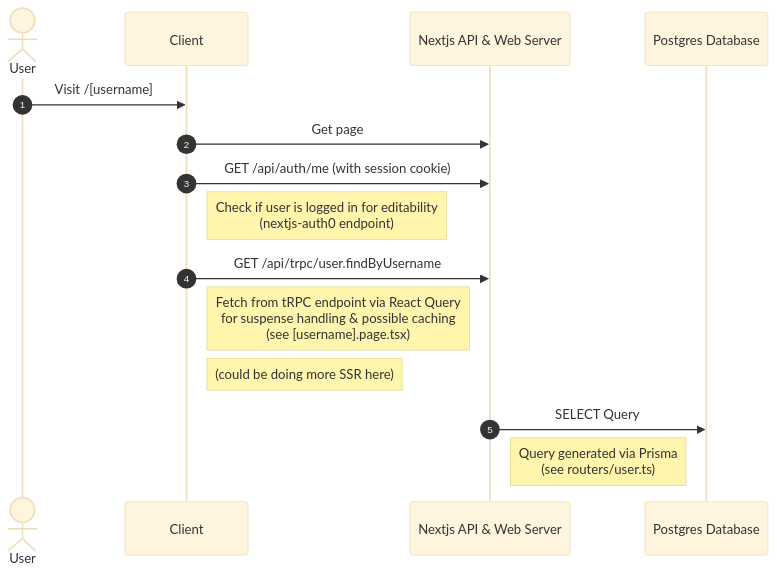
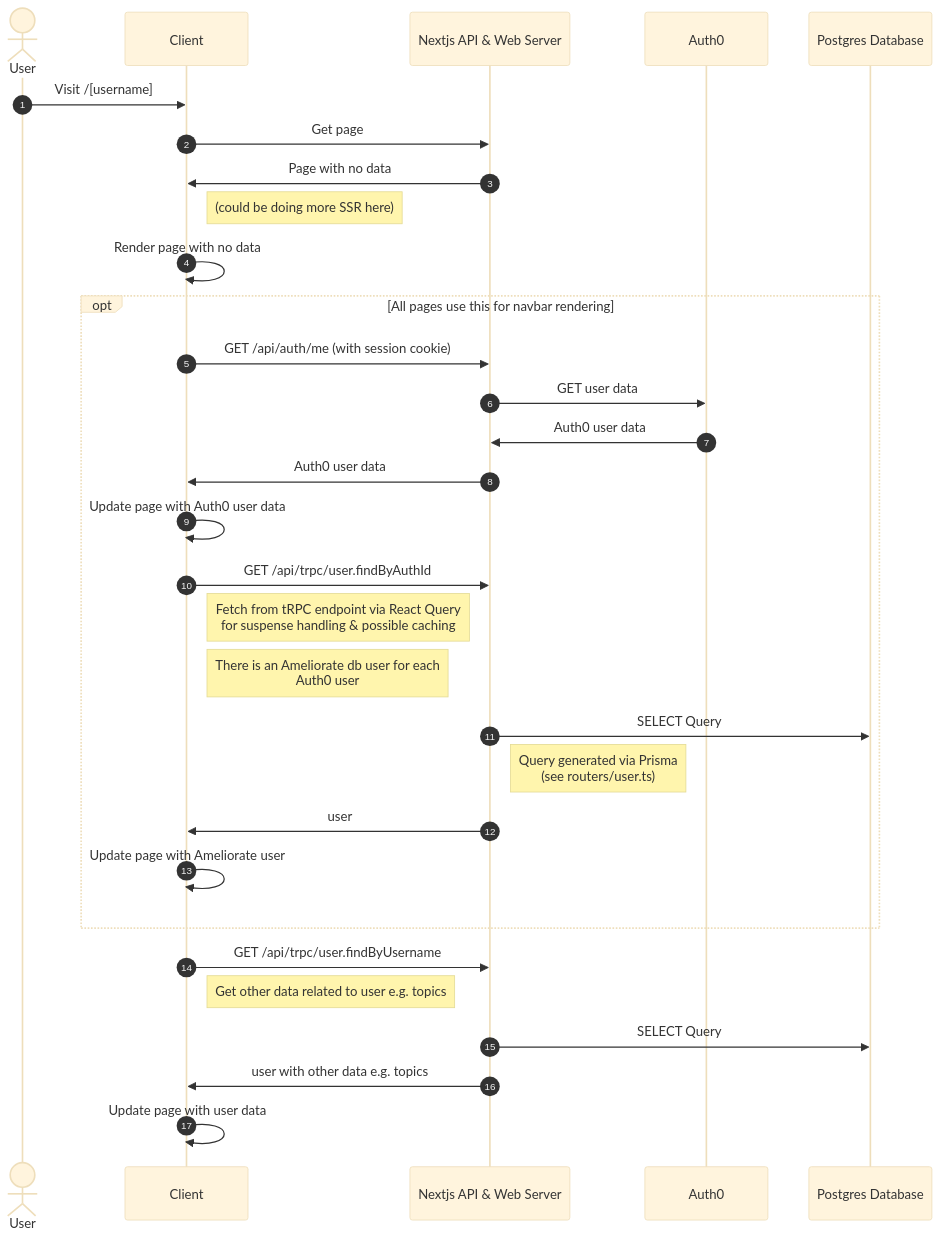
One commit to amelioro/ameliorate changed the first of 2 diagrams in design-docs/data-flow.md. Above: the diagram before and after it, drawn with Mermaid (base theme). The commit also changed other lines of this file, not shown here.

Commit message:
docs(data-flow): update & clean up

````diff
--- a/design-docs/data-flow.md
+++ b/design-docs/data-flow.md
@@ -7,19 +7,37 @@
 ```mermaid
 sequenceDiagram
   autonumber
   actor User
   participant Client
   participant Server as Nextjs API & Web Server
+  participant Auth0
   participant Database as Postgres Database
 
   User->>Client: Visit /[username]
   Client->>Server: Get page
-  Client->>Server: GET /api/auth/me (with session cookie)
-  Note right of Client: Check if user is logged in for editability<br/>(nextjs-auth0 endpoint)
+  Server->>Client: Page with no data
+  Note right of Client: (could be doing more SSR here)
+  Client->>Client: Render page with no data
+
+  opt All pages use this for navbar rendering
+    Client->>Server: GET /api/auth/me (with session cookie)
+    Server->>Auth0: GET user data
+    Auth0->>Server: Auth0 user data
+    Server->>Client: Auth0 user data
+    Client->>Client: Update page with Auth0 user data
+    Client->>Server: GET /api/trpc/user.findByAuthId
+    Note right of Client: Fetch from tRPC endpoint via React Query<br/>for suspense handling & possible caching
+    Note right of Client: There is an Ameliorate db user for each<br/>Auth0 user
+    Server->>Database: SELECT Query
+    Note right of Server: Query generated via Prisma<br/>(see routers/user.ts)
+    Server->>Client: user
+    Client->>Client: Update page with Ameliorate user
+  end
+
   Client->>Server: GET /api/trpc/user.findByUsername
-  Note right of Client: Fetch from tRPC endpoint via React Query<br/>for suspense handling & possible caching<br/>(see [username].page.tsx)
-  Note right of Client: (could be doing more SSR here)
+  Note right of Client: Get other data related to user e.g. topics
   Server->>Database: SELECT Query
-  Note right of Server: Query generated via Prisma<br/>(see routers/user.ts)
+  Server->>Client: user with other data e.g. topics
+  Client->>Client: Update page with user data
 
 ```
````
